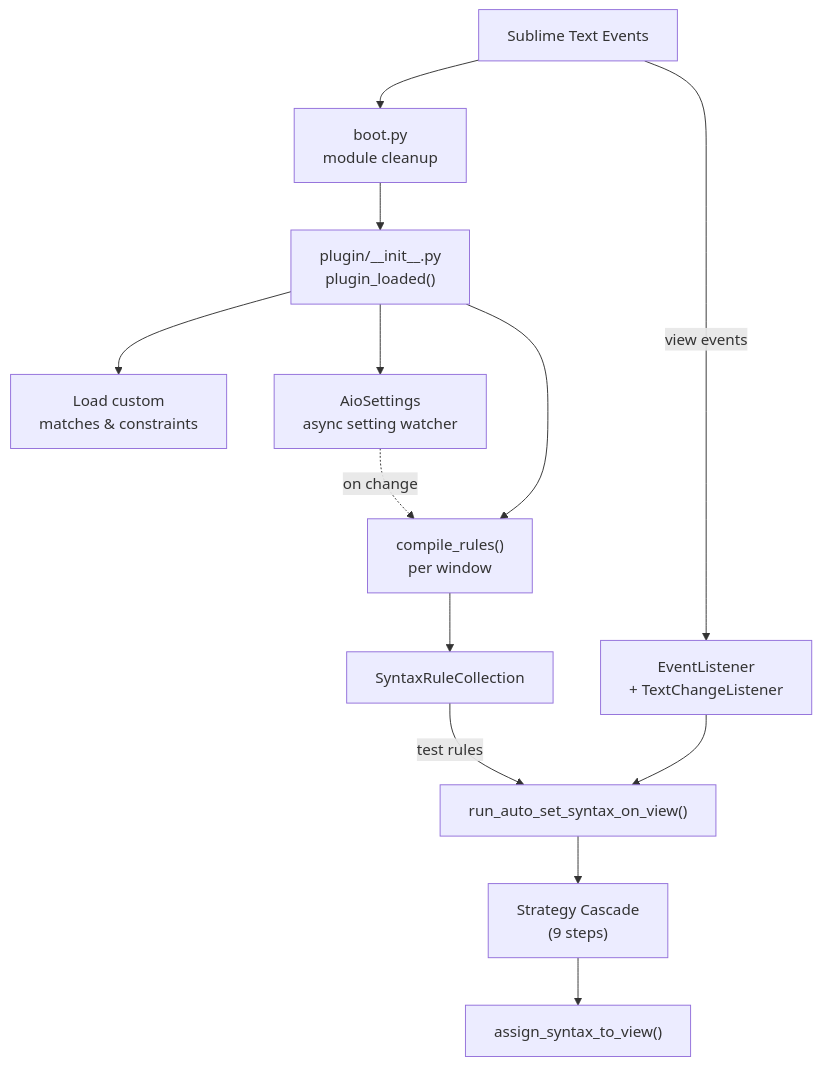
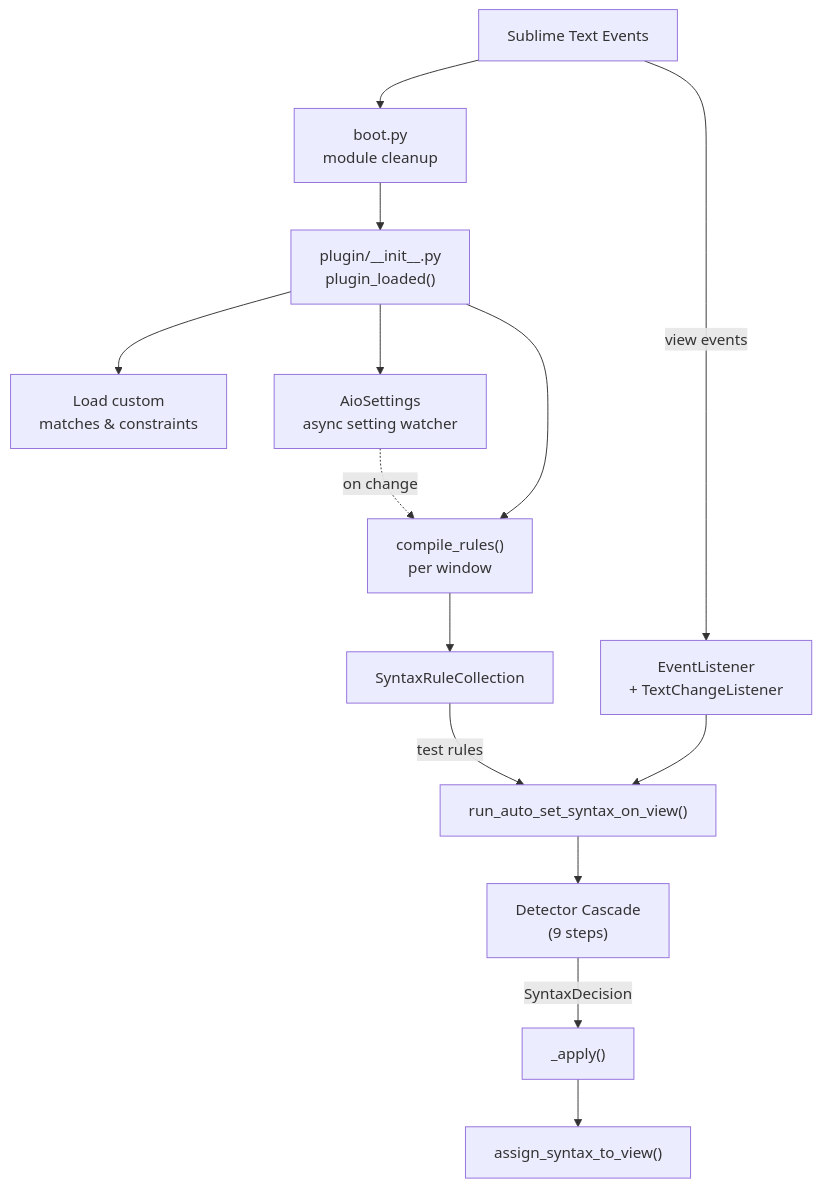
The first of 4 diagrams in docs/src/advanced-topics/how-it-works.md (jfcherng-sublime/ST-AutoSetSyntax), drawn with Mermaid before and after one commit. The commit also changed other lines of this file and 4 other files, not shown here.

First line of the commit message:
docs(how-it-works): describe the detector/decision seam

````diff
--- a/docs/src/advanced-topics/how-it-works.md
+++ b/docs/src/advanced-topics/how-it-works.md
@@ -13,17 +13,18 @@
 ```mermaid
 flowchart TD
     ST["Sublime Text Events"] --> Boot["boot.py<br/>module cleanup"]
     Boot --> Init["plugin/__init__.py<br/>plugin_loaded()"]
     Init --> Custom["Load custom<br/>matches & constraints"]
     Init --> Settings["AioSettings<br/>async setting watcher"]
     Init --> Compile["compile_rules()<br/>per window"]
     Compile --> Collection["SyntaxRuleCollection"]
     Settings -.->|on change| Compile
 
     ST -->|view events| Listener["EventListener<br/>+ TextChangeListener"]
     Listener --> Pipeline["run_auto_set_syntax_on_view()"]
-    Pipeline --> Cascade["Strategy Cascade<br/>(9 steps)"]
-    Cascade --> Assign["assign_syntax_to_view()"]
+    Pipeline --> Cascade["Detector Cascade<br/>(9 steps)"]
+    Cascade -->|SyntaxDecision| Apply["_apply()"]
+    Apply --> Assign["assign_syntax_to_view()"]
 
     Collection -->|test rules| Pipeline
 ```
````
